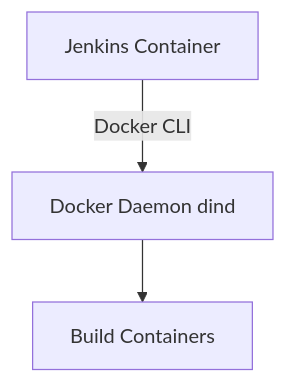
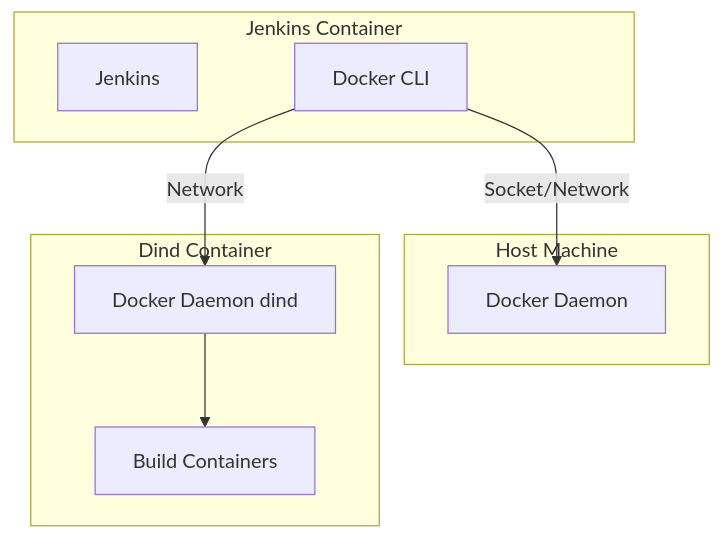
The third of 7 diagrams in README.md (the-khiem7/jenkins-docker-builder), drawn with Mermaid before and after one commit. The commit also changed other lines of this file, not shown here.

First line of the commit message:
docs: enhance README with toc and docker integration details

````diff
--- a/README.md
+++ b/README.md
@@ -75,6 +77,20 @@
 ```mermaid
 graph TD
-    A[Jenkins Container]
-    A -->|Docker CLI| B[Docker Daemon dind]
-    B --> C[Build Containers]
+    subgraph "Host Machine"
+        A[Docker Daemon]
+    end
+    
+    subgraph "Jenkins Container"
+        B[Jenkins]
+        C[Docker CLI]
+    end
+    
+    subgraph "Dind Container"
+        D[Docker Daemon dind]
+        E[Build Containers]
+    end
+    
+    C -->|Socket/Network| A
+    C -->|Network| D
+    D --> E
 ```
````
